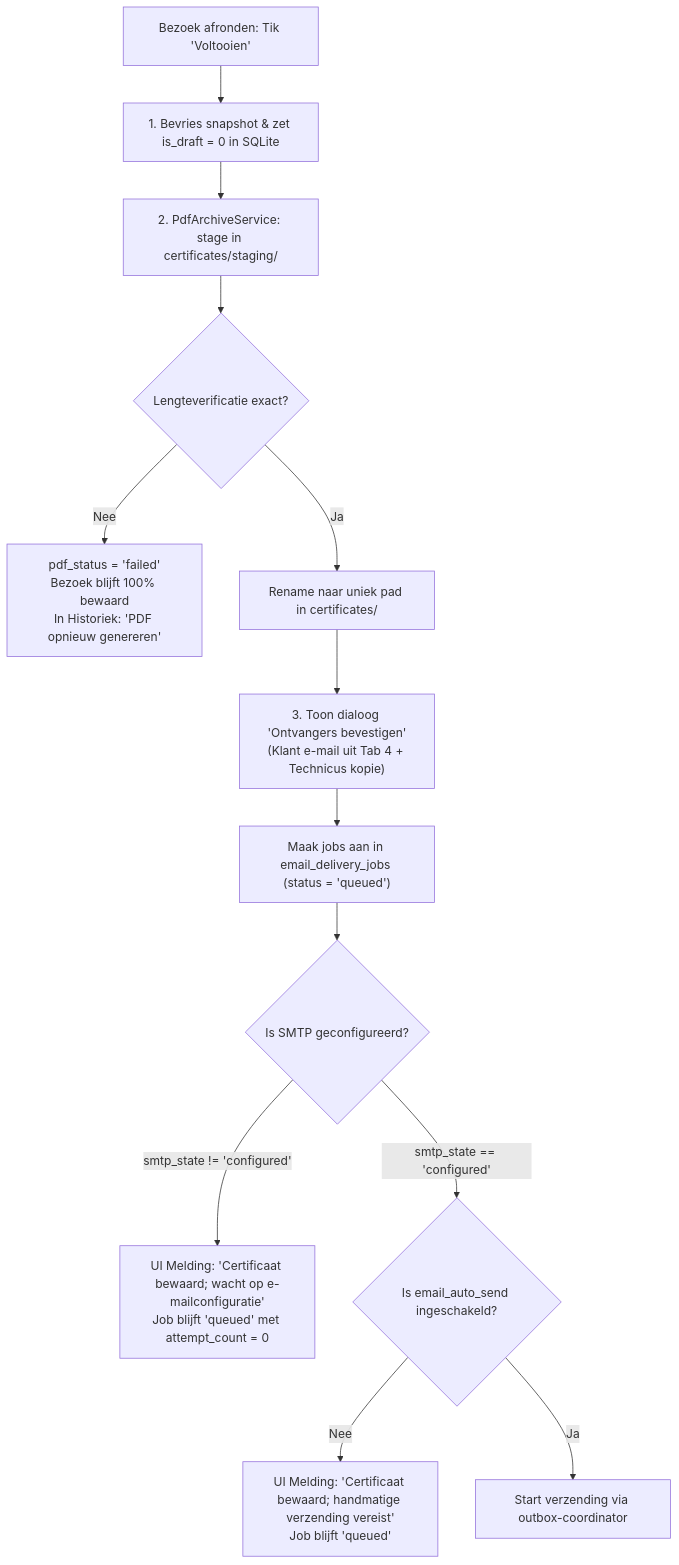
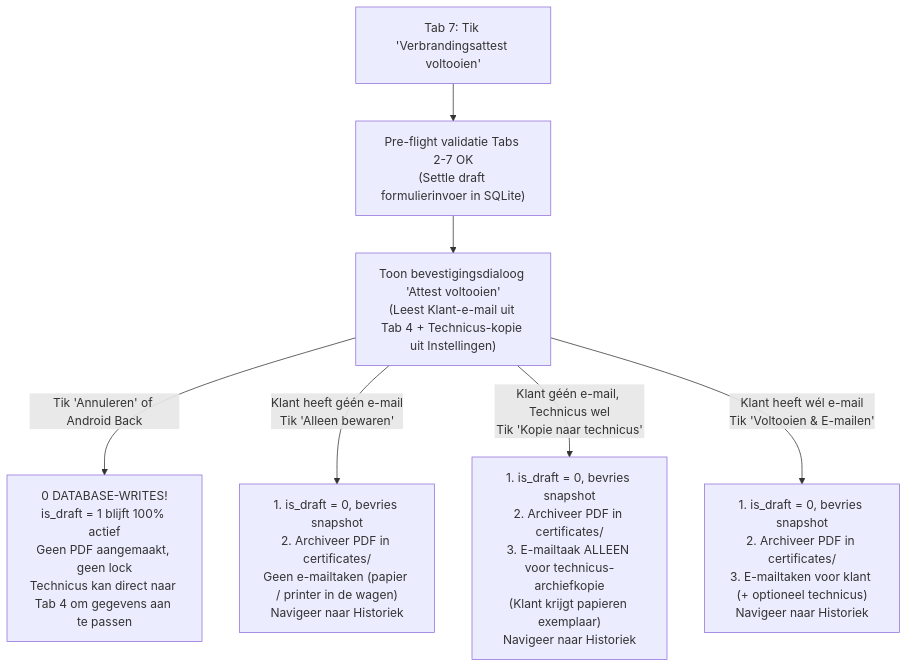
One commit to osrsmobiledev/hvac_V0.3 changed the second of 4 diagrams in doc/MASTER_EMAIL_DELIVERY_WORKFLOW.md. Above: the diagram before and after it, drawn with Mermaid. The commit also changed other lines of this file and 72 other files, not shown here.

Commit message:
feat: completed Slice 6.3 - offline outbox, history tracker, and tactical recipient flow

````diff
--- a/doc/MASTER_EMAIL_DELIVERY_WORKFLOW.md
+++ b/doc/MASTER_EMAIL_DELIVERY_WORKFLOW.md
@@ -64,15 +73,9 @@
 ```mermaid
 flowchart TD
-    A["Bezoek afronden: Tik 'Voltooien'"] --> B["1. Bevries snapshot & zet is_draft = 0 in SQLite"]
-    B --> C["2. PdfArchiveService: stage in certificates/staging/"]
-    C --> D{"Lengteverificatie exact?"}
-    D -->|Nee| E["pdf_status = 'failed'\nBezoek blijft 100% bewaard\nIn Historiek: 'PDF opnieuw genereren'"]
-    D -->|Ja| F["Rename naar uniek pad in certificates/"]
-    F --> G["3. Toon dialoog 'Ontvangers bevestigen'\n(Klant e-mail uit Tab 4 + Technicus kopie)"]
-    G --> H["Maak jobs aan in email_delivery_jobs (status = 'queued')"]
-    H --> I{"Is SMTP geconfigureerd?"}
-    I -->|smtp_state != 'configured'| J["UI Melding: 'Certificaat bewaard; wacht op e-mailconfiguratie'\nJob blijft 'queued' met attempt_count = 0"]
-    I -->|smtp_state == 'configured'| K{"Is email_auto_send ingeschakeld?"}
-    K -->|Nee| L["UI Melding: 'Certificaat bewaard; handmatige verzending vereist'\nJob blijft 'queued'"]
-    K -->|Ja| M["Start verzending via outbox-coordinator"]
+    A["Tab 7: Tik 'Verbrandingsattest voltooien'"] --> B["Pre-flight validatie Tabs 2-7 OK\n(Settle draft formulierinvoer in SQLite)"]
+    B --> C["Toon bevestigingsdialoog 'Attest voltooien'\n(Leest Klant-e-mail uit Tab 4 + Technicus-kopie uit Instellingen)"]
+    C -->|Tik 'Annuleren' of Android Back| D["0 DATABASE-WRITES!\nis_draft = 1 blijft 100% actief\nGeen PDF aangemaakt, geen lock\nTechnicus kan direct naar Tab 4 om gegevens aan te passen"]
+    C -->|Klant heeft géén e-mail\nTik 'Alleen bewaren'| E["1. is_draft = 0, bevries snapshot\n2. Archiveer PDF in certificates/\nGeen e-mailtaken (papier / printer in de wagen)\nNavigeer naar Historiek"]
+    C -->|Klant géén e-mail, Technicus wel\nTik 'Kopie naar technicus'| F["1. is_draft = 0, bevries snapshot\n2. Archiveer PDF in certificates/\n3. E-mailtaak ALLEEN voor technicus-archiefkopie\n(Klant krijgt papieren exemplaar)\nNavigeer naar Historiek"]
+    C -->|Klant heeft wél e-mail\nTik 'Voltooien & E-mailen'| G["1. is_draft = 0, bevries snapshot\n2. Archiveer PDF in certificates/\n3. E-mailtaken voor klant (+ optioneel technicus)\nNavigeer naar Historiek"]
 ```
````
